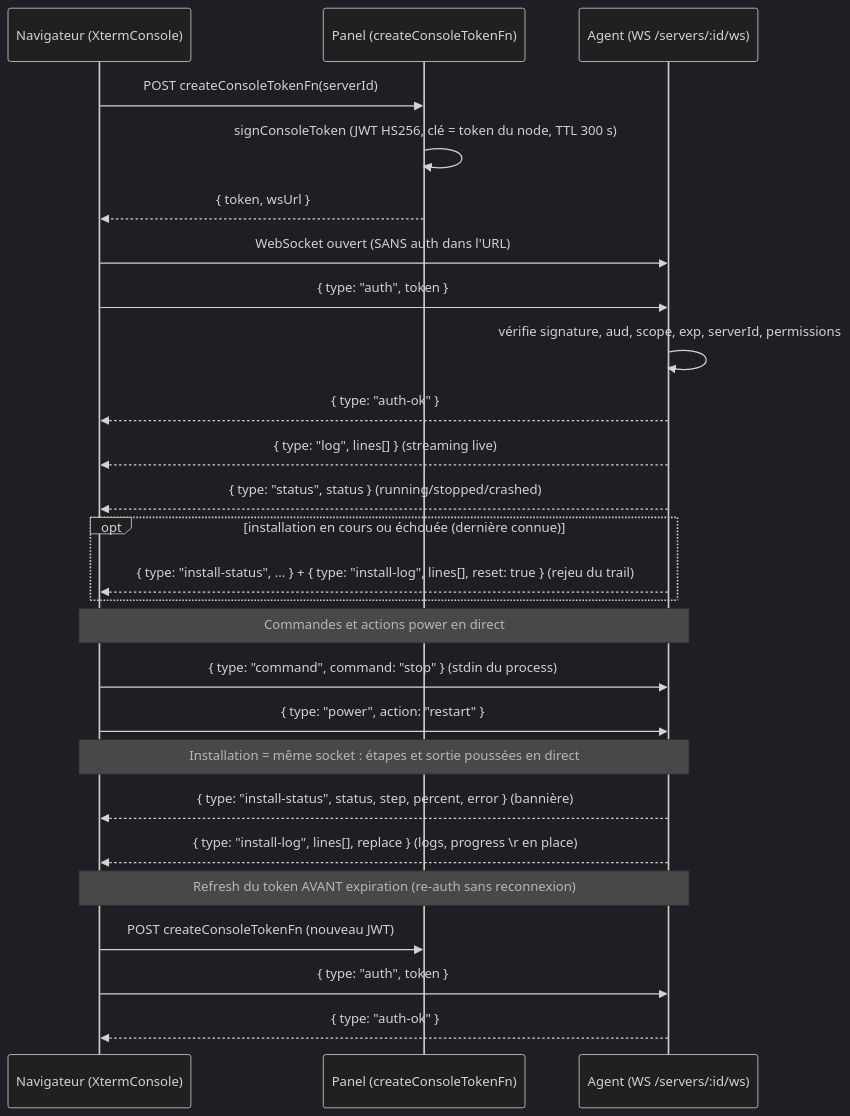
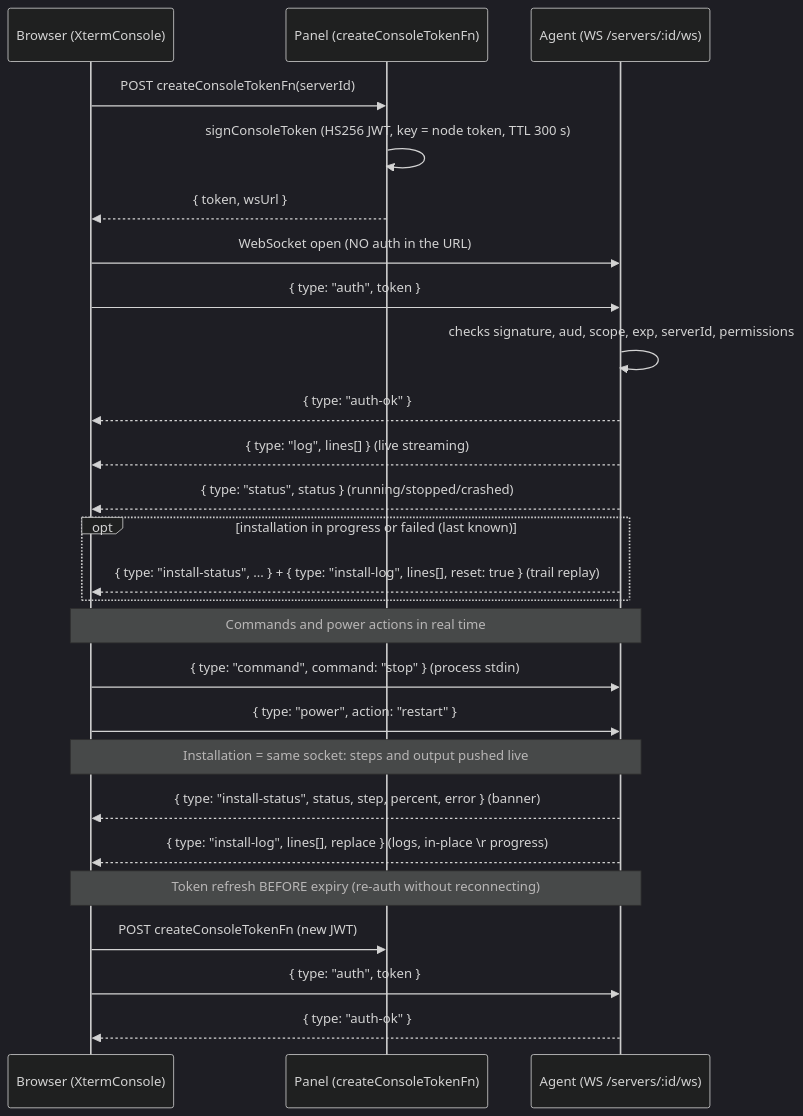
The fourth of 9 diagrams in docs/communications.md (mojito-panel/panel), drawn with Mermaid (dark theme) before and after one commit. The commit also changed other lines of this file and 81 other files, not shown here.

````diff
--- a/docs/communications.md
+++ b/docs/communications.md
@@ -129,32 +129,32 @@
 ```mermaid
 sequenceDiagram
-    participant N as Navigateur (XtermConsole)
+    participant N as Browser (XtermConsole)
     participant P as Panel (createConsoleTokenFn)
     participant A as Agent (WS /servers/:id/ws)
 
     N->>P: POST createConsoleTokenFn(serverId)
-    P->>P: signConsoleToken (JWT HS256, clé = token du node, TTL 300 s)
+    P->>P: signConsoleToken (HS256 JWT, key = node token, TTL 300 s)
     P-->>N: { token, wsUrl }
-    N->>A: WebSocket ouvert (SANS auth dans l'URL)
+    N->>A: WebSocket open (NO auth in the URL)
     N->>A: { type: "auth", token }
-    A->>A: vérifie signature, aud, scope, exp, serverId, permissions
+    A->>A: checks signature, aud, scope, exp, serverId, permissions
     A-->>N: { type: "auth-ok" }
-    A-->>N: { type: "log", lines[] } (streaming live)
+    A-->>N: { type: "log", lines[] } (live streaming)
     A-->>N: { type: "status", status } (running/stopped/crashed)
-    opt installation en cours ou échouée (dernière connue)
-        A-->>N: { type: "install-status", ... } + { type: "install-log", lines[], reset: true } (rejeu du trail)
+    opt installation in progress or failed (last known)
+        A-->>N: { type: "install-status", ... } + { type: "install-log", lines[], reset: true } (trail replay)
     end
 
-    Note over N,A: Commandes et actions power en direct
-    N->>A: { type: "command", command: "stop" } (stdin du process)
+    Note over N,A: Commands and power actions in real time
+    N->>A: { type: "command", command: "stop" } (process stdin)
     N->>A: { type: "power", action: "restart" }
 
-    Note over N,A: Installation = même socket : étapes et sortie poussées en direct
-    A-->>N: { type: "install-status", status, step, percent, error } (bannière)
-    A-->>N: { type: "install-log", lines[], replace } (logs, progress \r en place)
+    Note over N,A: Installation = same socket: steps and output pushed live
+    A-->>N: { type: "install-status", status, step, percent, error } (banner)
+    A-->>N: { type: "install-log", lines[], replace } (logs, in-place \r progress)
 
-    Note over N,A: Refresh du token AVANT expiration (re-auth sans reconnexion)
-    N->>P: POST createConsoleTokenFn (nouveau JWT)
+    Note over N,A: Token refresh BEFORE expiry (re-auth without reconnecting)
+    N->>P: POST createConsoleTokenFn (new JWT)
     N->>A: { type: "auth", token }
     A-->>N: { type: "auth-ok" }
 ```
````
